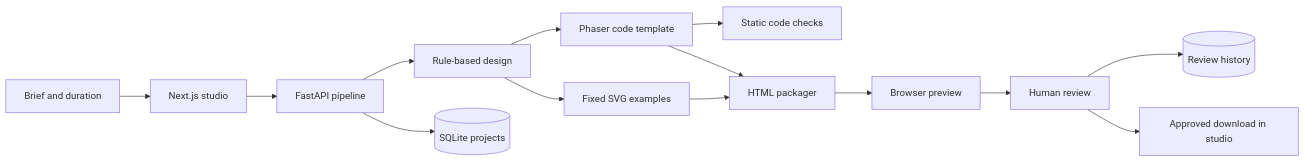
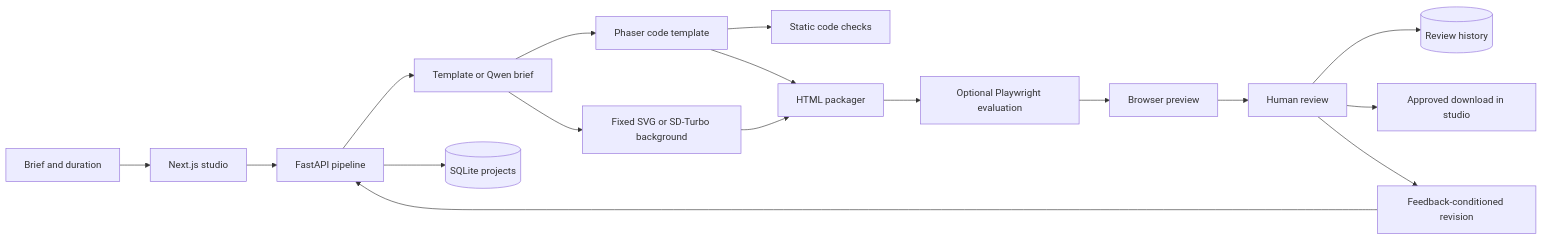
The diagram in README.md (themaden/PlayForge-AI), drawn with Mermaid before and after one commit. The commit also changed other lines of this file and 28 other files, not shown here.

Commit message:
Add verified local LLM and diffusion generation with browser evaluation and revisions

````diff
--- a/README.md
+++ b/README.md
@@ -36,16 +38,19 @@
 ```mermaid
 flowchart LR
     A[Brief and duration] --> B[Next.js studio]
     B --> C[FastAPI pipeline]
-    C --> D[Rule-based design]
+    C --> D[Template or Qwen brief]
     D --> E[Phaser code template]
-    D --> F[Fixed SVG examples]
+    D --> F[Fixed SVG or SD-Turbo background]
     E --> G[Static code checks]
     E --> H[HTML packager]
     F --> H
-    H --> I[Browser preview]
+    H --> N[Optional Playwright evaluation]
+    N --> I[Browser preview]
     C --> J[(SQLite projects)]
     I --> K[Human review]
     K --> L[(Review history)]
     K --> M[Approved download in studio]
+    K --> O[Feedback-conditioned revision]
+    O --> C
 ```
````
